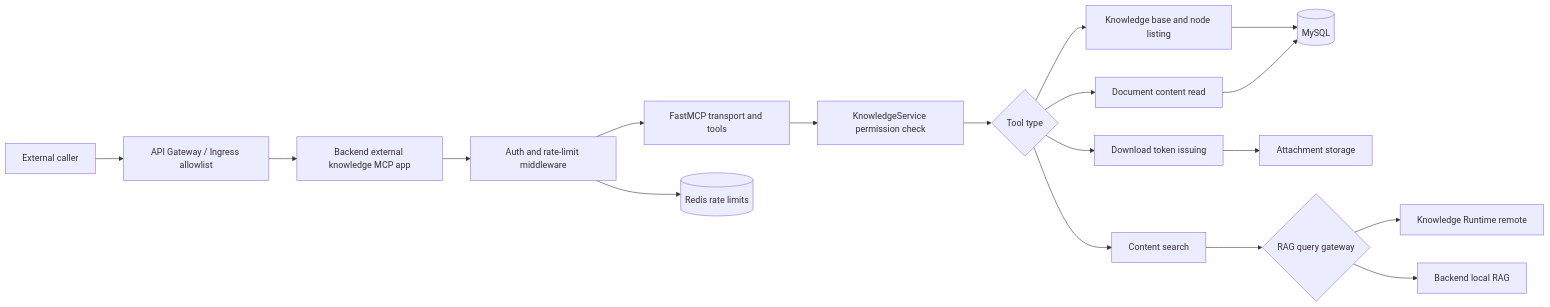
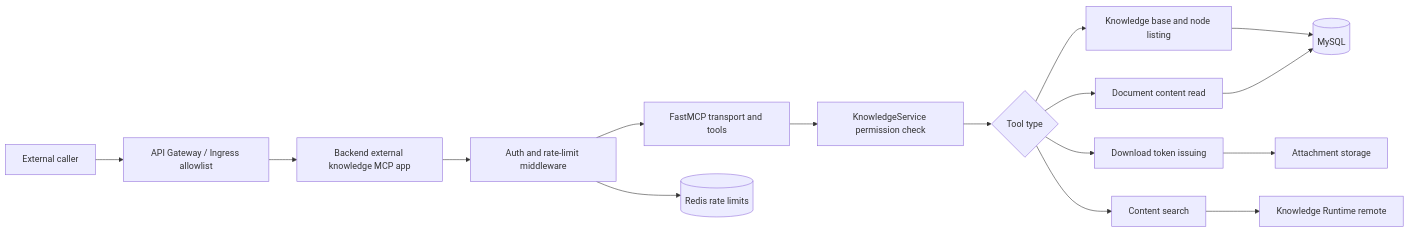
The first of 3 diagrams in docs/wegent/developer-guide/external-knowledge-mcp.md (wecode-ai/wegent-docs), drawn with Mermaid before and after one commit. The commit also changed other lines of this file and 9 other files, not shown here.

````diff
--- a/docs/wegent/developer-guide/external-knowledge-mcp.md
+++ b/docs/wegent/developer-guide/external-knowledge-mcp.md
@@ -34,20 +34,18 @@
 ```mermaid
 flowchart LR
     caller[External caller] --> gateway[API Gateway / Ingress allowlist]
     gateway --> app[Backend external knowledge MCP app]
     app --> middleware[Auth and rate-limit middleware]
     middleware --> mcp[FastMCP transport and tools]
     mcp --> permission[KnowledgeService permission check]
     permission --> tools{Tool type}
     tools --> list[Knowledge base and node listing]
     tools --> content[Document content read]
     tools --> download[Download token issuing]
     tools --> search[Content search]
     list --> mysql[(MySQL)]
     content --> mysql
     download --> storage[Attachment storage]
-    search --> rag{RAG query gateway}
-    rag --> remote[Knowledge Runtime remote]
-    rag --> local[Backend local RAG]
+    search --> remote[Knowledge Runtime remote]
     middleware --> redis[(Redis rate limits)]
 ```
````
